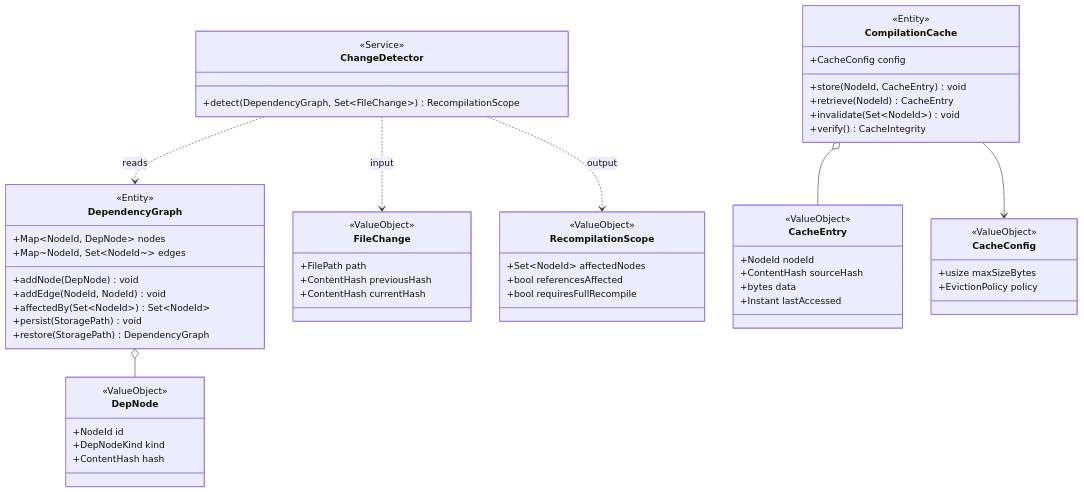
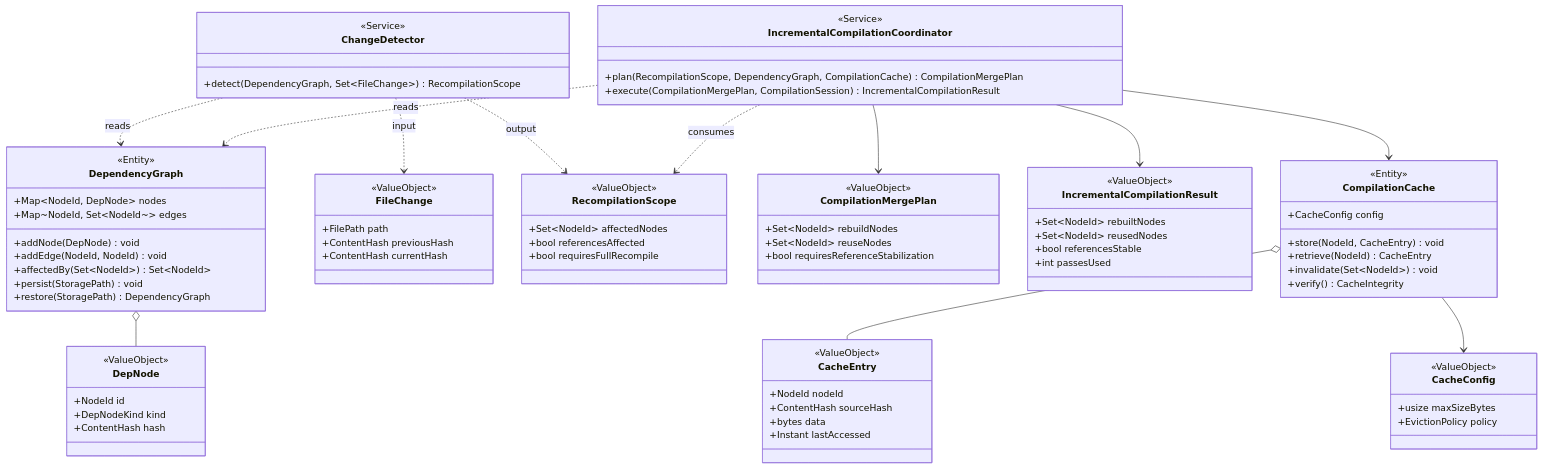
One commit to RK0429/ferritex changed the fifth of 12 diagrams in docs/domain_model.md. Above: the diagram before and after it, drawn with Mermaid. The commit also changed other lines of this file and 1 other file, not shown here.

````diff
--- a/docs/domain_model.md
+++ b/docs/domain_model.md
@@ -635,6 +679,24 @@
         +bool referencesAffected
         +bool requiresFullRecompile
     }
+    class IncrementalCompilationCoordinator {
+        <<Service>>
+        +plan(RecompilationScope, DependencyGraph, CompilationCache) CompilationMergePlan
+        +execute(CompilationMergePlan, CompilationSession) IncrementalCompilationResult
+    }
+    class CompilationMergePlan {
+        <<ValueObject>>
+        +Set~NodeId~ rebuildNodes
+        +Set~NodeId~ reuseNodes
+        +bool requiresReferenceStabilization
+    }
+    class IncrementalCompilationResult {
+        <<ValueObject>>
+        +Set~NodeId~ rebuiltNodes
+        +Set~NodeId~ reusedNodes
+        +bool referencesStable
+        +int passesUsed
+    }
     class CompilationCache {
         <<Entity>>
         +CacheConfig config
@@ -660,6 +722,11 @@
     ChangeDetector ..> DependencyGraph : reads
     ChangeDetector ..> FileChange : input
     ChangeDetector ..> RecompilationScope : output
+    IncrementalCompilationCoordinator ..> RecompilationScope : consumes
+    IncrementalCompilationCoordinator ..> DependencyGraph : reads
+    IncrementalCompilationCoordinator --> CompilationMergePlan
+    IncrementalCompilationCoordinator --> IncrementalCompilationResult
+    IncrementalCompilationCoordinator --> CompilationCache
     CompilationCache o-- CacheEntry
     CompilationCache --> CacheConfig
 ```
````
